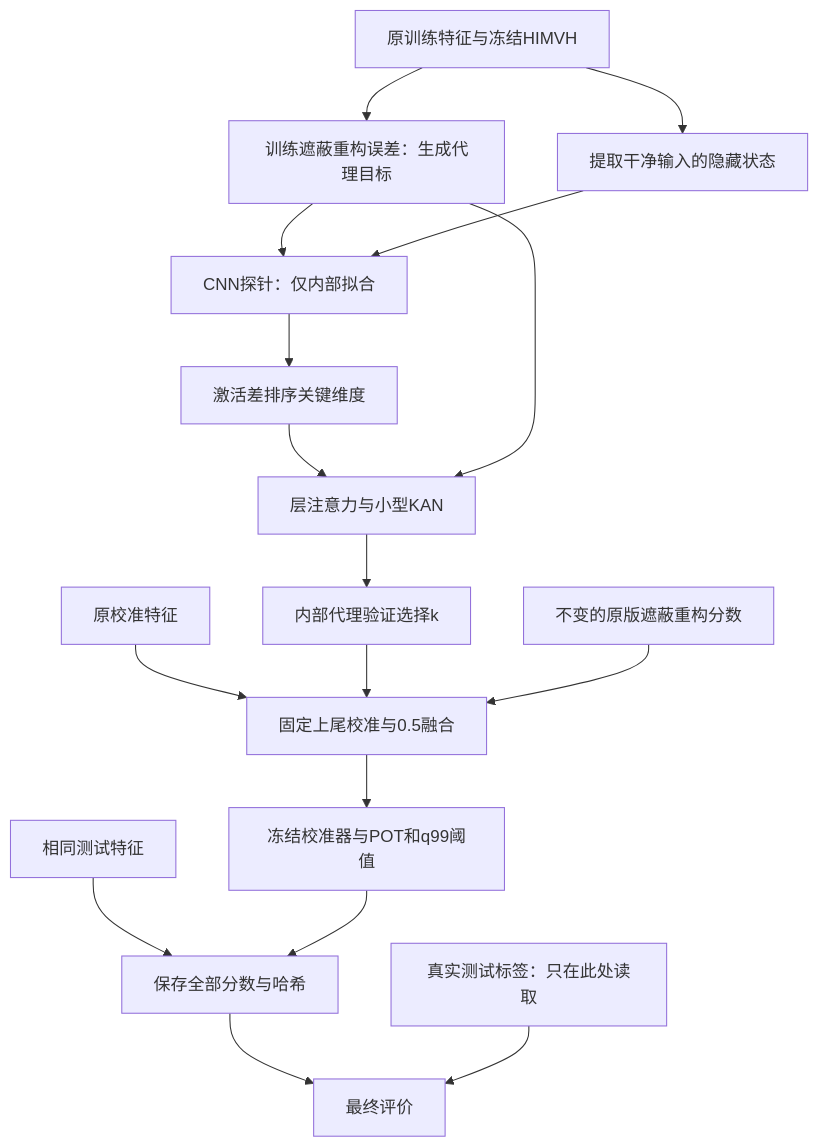
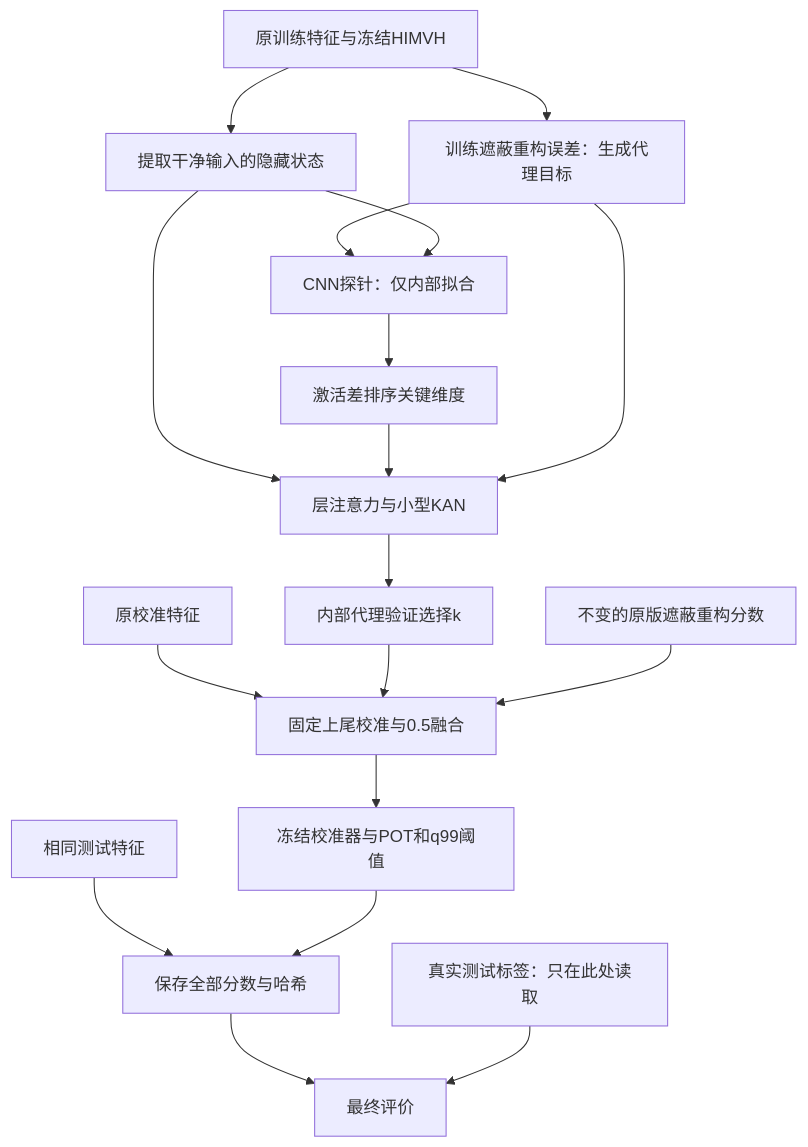
One commit to SansaZheng/HIMVHAD changed the diagram in docs/mechanistic_boundary_CN.md. Above: the diagram before and after it, drawn with Mermaid. The commit also changed other lines of this file and 269 other files, not shown here.

````diff
--- a/docs/mechanistic_boundary_CN.md
+++ b/docs/mechanistic_boundary_CN.md
@@ -13,19 +13,20 @@
 ```mermaid
 flowchart TD
     A[原训练特征与冻结HIMVH] --> B[训练遮蔽重构误差：生成代理目标]
     A --> C[提取干净输入的隐藏状态]
     B --> D[CNN探针：仅内部拟合]
     C --> D
+    C --> F
     D --> E[激活差排序关键维度]
     E --> F[层注意力与小型KAN]
     B --> F
     F --> G[内部代理验证选择k]
     H[原校准特征] --> I[固定上尾校准与0.5融合]
     G --> I
     J[不变的原版遮蔽重构分数] --> I
     I --> K[冻结校准器与POT和q99阈值]
     L[相同测试特征] --> M[保存全部分数与哈希]
     K --> M
     M --> N[最终评价]
     O[真实测试标签：只在此处读取] --> N
 ```
````
